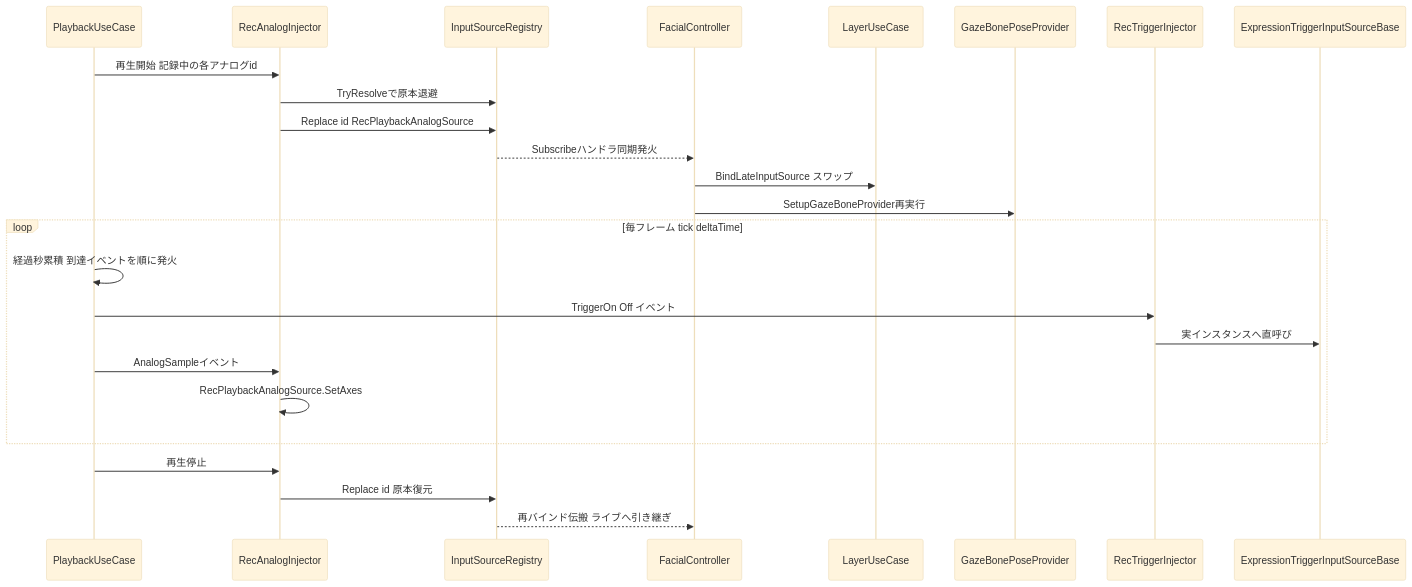
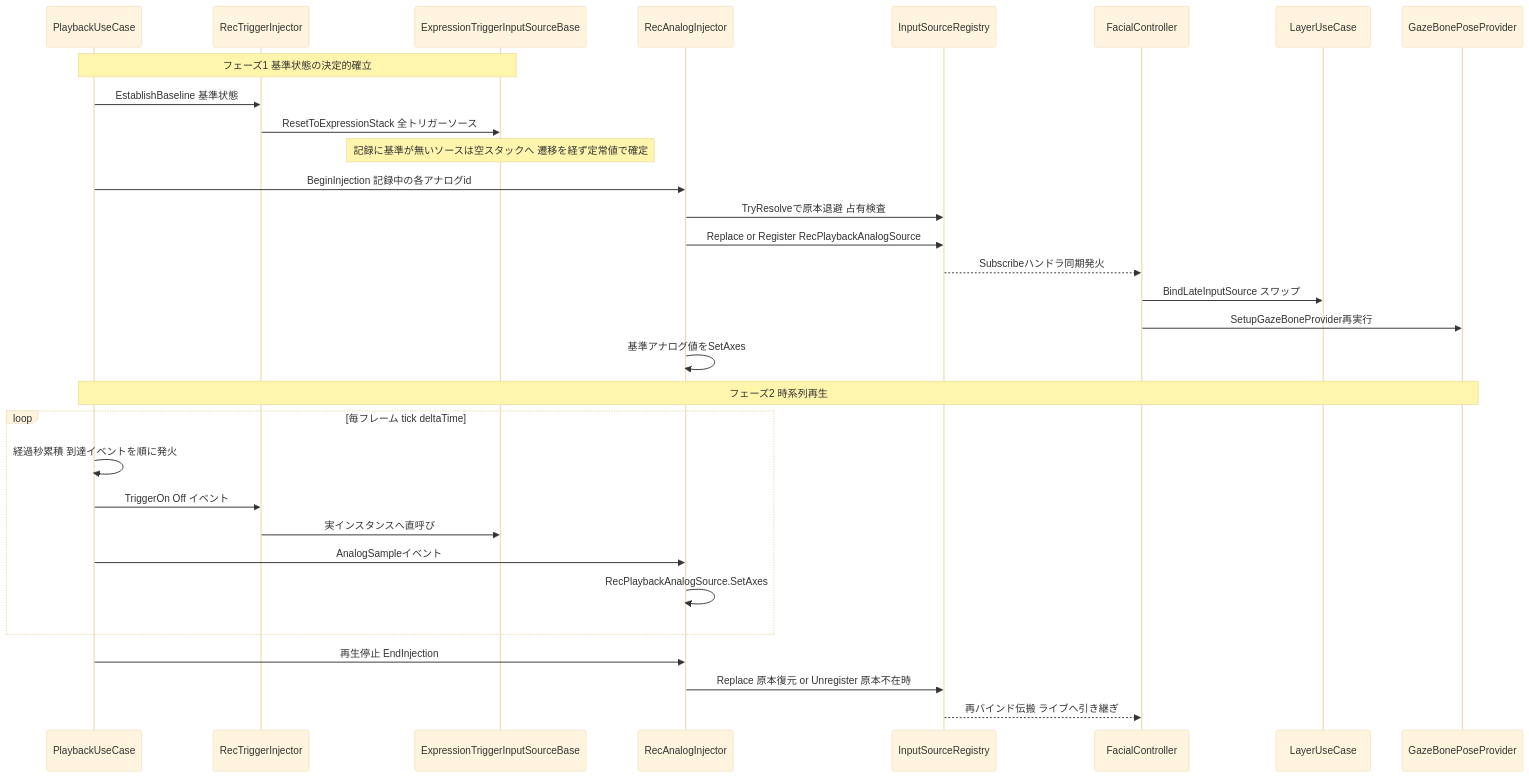
One commit to NHidano/FacialControl changed the third of 3 diagrams in .kiro/specs/rec-recording-playback/design.md. Above: the diagram before and after it, drawn with Mermaid (base theme). The commit also changed other lines of this file and 4 other files, not shown here.

````diff
--- a/.kiro/specs/rec-recording-playback/design.md
+++ b/.kiro/specs/rec-recording-playback/design.md
@@ -257,27 +266,33 @@
 ```mermaid
 sequenceDiagram
     participant Play as PlaybackUseCase
+    participant TI as RecTriggerInjector
+    participant Trig as ExpressionTriggerInputSourceBase
     participant Inj as RecAnalogInjector
     participant Reg as InputSourceRegistry
     participant FC as FacialController
     participant LUC as LayerUseCase
     participant GBP as GazeBonePoseProvider
-    participant TI as RecTriggerInjector
-    participant Trig as ExpressionTriggerInputSourceBase
-    Play->>Inj: 再生開始 記録中の各アナログid
-    Inj->>Reg: TryResolveで原本退避
-    Inj->>Reg: Replace id RecPlaybackAnalogSource
+    Note over Play,Trig: フェーズ1 基準状態の決定的確立
+    Play->>TI: EstablishBaseline 基準状態
+    TI->>Trig: ResetToExpressionStack 全トリガーソース
+    Note over Trig: 記録に基準が無いソースは空スタックへ 遷移を経ず定常値で確定
+    Play->>Inj: BeginInjection 記録中の各アナログid
+    Inj->>Reg: TryResolveで原本退避 占有検査
+    Inj->>Reg: Replace or Register RecPlaybackAnalogSource
     Reg-->>FC: Subscribeハンドラ同期発火
     FC->>LUC: BindLateInputSource スワップ
     FC->>GBP: SetupGazeBoneProvider再実行
+    Inj->>Inj: 基準アナログ値をSetAxes
+    Note over Play,GBP: フェーズ2 時系列再生
     loop 毎フレーム tick deltaTime
         Play->>Play: 経過秒累積 到達イベントを順に発火
         Play->>TI: TriggerOn Off イベント
         TI->>Trig: 実インスタンスへ直呼び
         Play->>Inj: AnalogSampleイベント
         Inj->>Inj: RecPlaybackAnalogSource.SetAxes
     end
-    Play->>Inj: 再生停止
-    Inj->>Reg: Replace id 原本復元
+    Play->>Inj: 再生停止 EndInjection
+    Inj->>Reg: Replace 原本復元 or Unregister 原本不在時
     Reg-->>FC: 再バインド伝搬 ライブへ引き継ぎ
 ```
````
